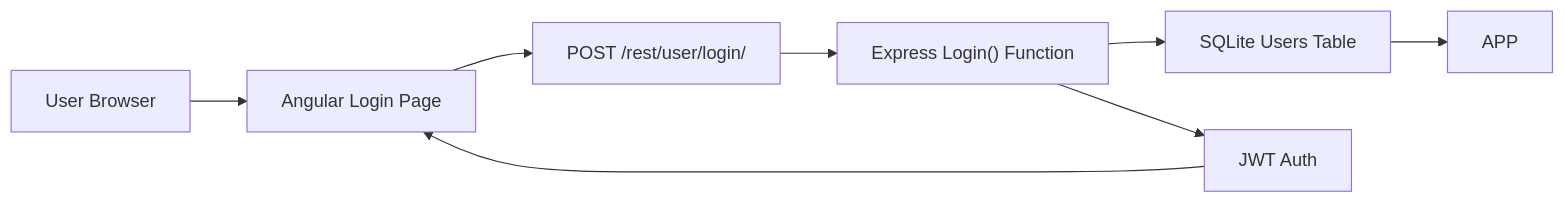
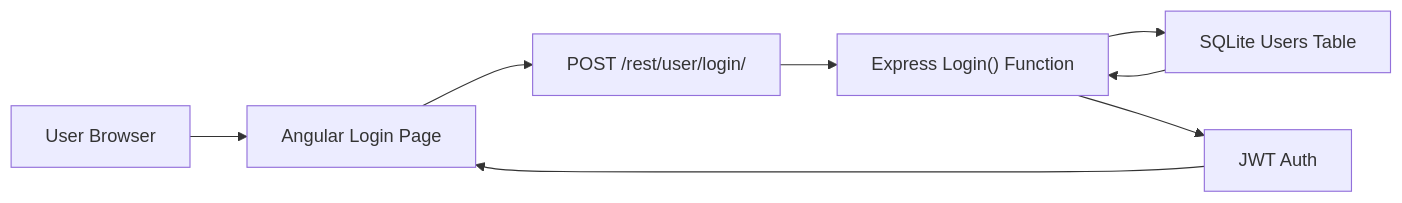
One commit to JosephJ12/CTF-Walkthroughs changed the first of 5 diagrams in Cybersecurity-Portfolio/Threat Modeling - OWASP Juice Shop/README.md. Above: the diagram before and after it, drawn with Mermaid.

````diff
--- a/Cybersecurity-Portfolio/Threat Modeling - OWASP Juice Shop/README.md
+++ b/Cybersecurity-Portfolio/Threat Modeling - OWASP Juice Shop/README.md
@@ -50,17 +50,17 @@
 ```mermaid
 flowchart LR
     U[User Browser]
     FE[Angular Login Page]
     API[POST /rest/user/login/]
     BE["Express Login() Function"]
     DB[SQLite Users Table]
     JWT[JWT Auth]
 
     U --> FE
     FE --> API
     API --> BE
     BE --> DB
-    DB --> APP
+    DB --> BE
     BE --> JWT
     JWT --> FE
 ```
````
